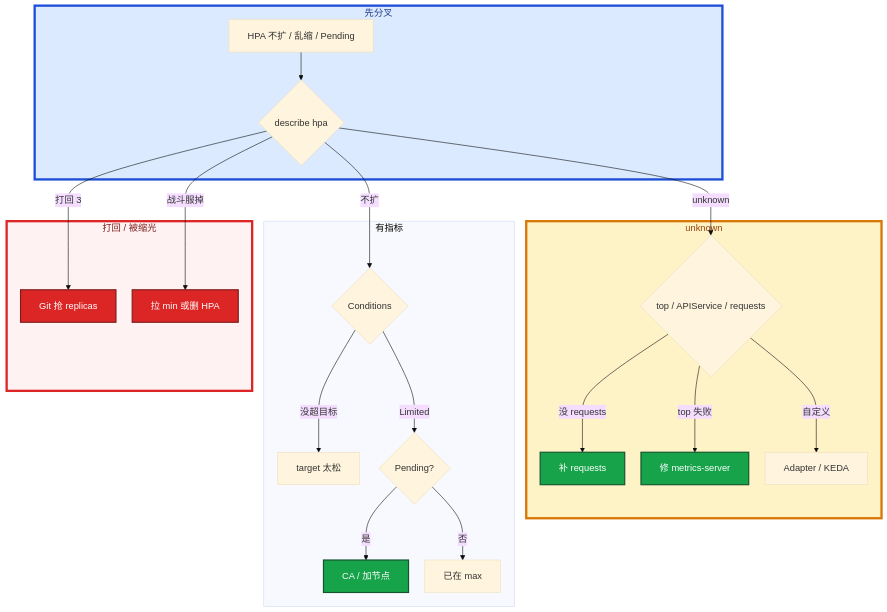
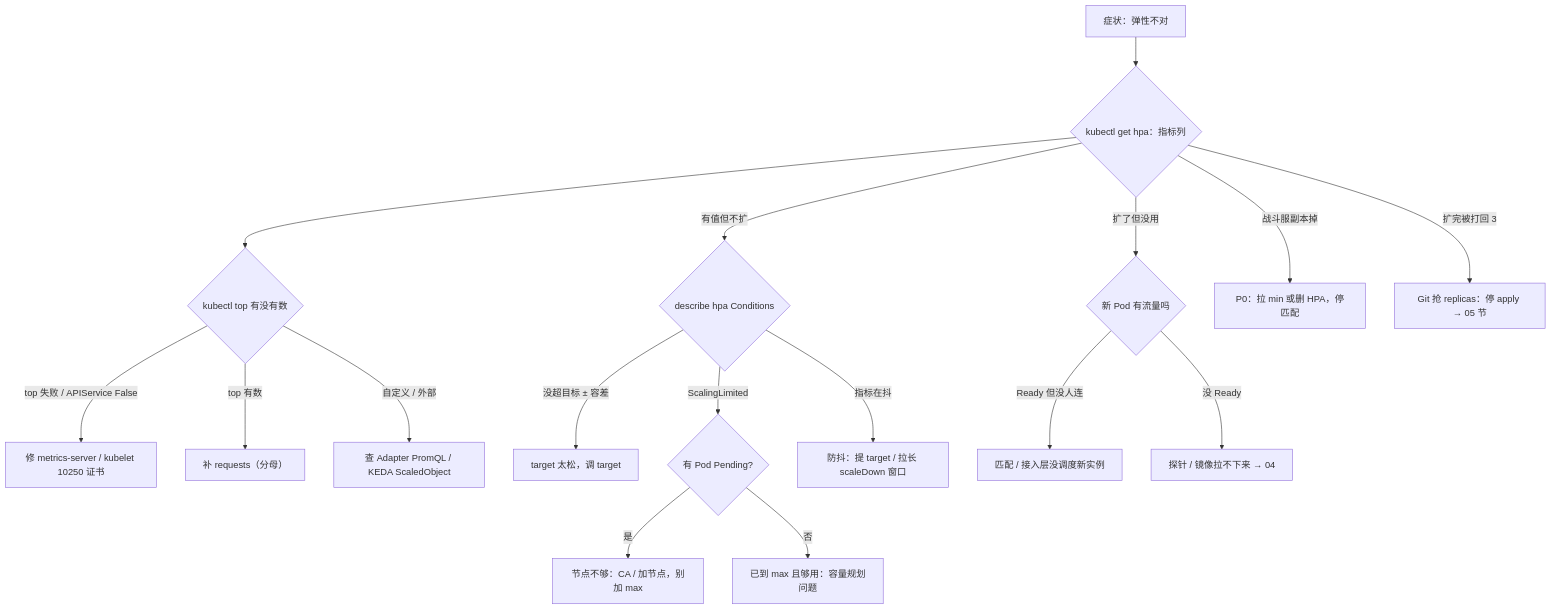
Before and after one commit to ml-cuizijun/LearnToLilith: the fifth of 5 diagrams in 03-Kubernetes/07-弹性伸缩/知识点.md, drawn with Mermaid. The commit also changed other lines of this file and 470 other files, not shown here.

````diff
--- a/03-Kubernetes/07-弹性伸缩/知识点.md
+++ b/03-Kubernetes/07-弹性伸缩/知识点.md
@@ -598,36 +417,19 @@
 ```mermaid
-%%{init: {"flowchart": {"padding": 16, "nodeSpacing": 28, "rankSpacing": 48}, "theme": "base"}}%%
 flowchart TB
-    subgraph gate ["先分叉"]
-        A[HPA 不扩 / 乱缩 / Pending] --> B{describe hpa}
-    end
-
-    subgraph unk ["unknown"]
-        B -->|unknown| C{top / APIService / requests}
-        C -->|没 requests| D[补 requests]
-        C -->|top 失败| E[修 metrics-server]
-        C -->|自定义| F[Adapter / KEDA]
-    end
-
-    subgraph has ["有指标"]
-        B -->|不扩| G{Conditions}
-        G -->|没超目标| H[target 太松]
-        G -->|Limited| I{Pending?}
-        I -->|是| J[CA / 加节点]
-        I -->|否| K[已在 max]
-    end
-
-    subgraph fight ["打回 / 被缩光"]
-        B -->|打回 3| M[Git 抢 replicas]
-        B -->|战斗服掉| N[拉 min 或删 HPA]
-    end
-
-    classDef bad fill:#DC2626,stroke:#7F1D1D,stroke-width:2px,color:#fff
-    classDef ok fill:#16A34A,stroke:#14532D,stroke-width:2px,color:#fff
-    class N,M bad
-    class D,E,J ok
-
-    style gate fill:#DBEAFE,stroke:#1D4ED8,stroke-width:4px,color:#1E3A8A
-    style unk fill:#FEF3C7,stroke:#D97706,stroke-width:4px,color:#92400E
-    style fight fill:#FEF2F2,stroke:#DC2626,stroke-width:4px,color:#7F1D1D
+    A["症状：弹性不对"] --> B{"kubectl get hpa：指标列"}
+    B -->|"<unknown>"| U{"kubectl top 有没有数"}
+    U -->|top 失败 / APIService False| U1["修 metrics-server / kubelet 10250 证书"]
+    U -->|top 有数| U2["补 requests（分母）"]
+    U -->|自定义 / 外部| U3["查 Adapter PromQL / KEDA ScaledObject"]
+    B -->|有值但不扩| C{"describe hpa Conditions"}
+    C -->|没超目标 ± 容差| C1["target 太松，调 target"]
+    C -->|ScalingLimited| C2{"有 Pod Pending?"}
+    C2 -->|是| C3["节点不够：CA / 加节点，别加 max"]
+    C2 -->|否| C4["已到 max 且够用：容量规划问题"]
+    C -->|指标在抖| C5["防抖：提 target / 拉长 scaleDown 窗口"]
+    B -->|扩了但没用| D{"新 Pod 有流量吗"}
+    D -->|Ready 但没人连| D1["匹配 / 接入层没调度新实例"]
+    D -->|没 Ready| D2["探针 / 镜像拉不下来 → 04"]
+    B -->|战斗服副本掉| E["P0：拉 min 或删 HPA，停匹配"]
+    B -->|扩完被打回 3| F["Git 抢 replicas：停 apply → 05 节"]
 ```
````
